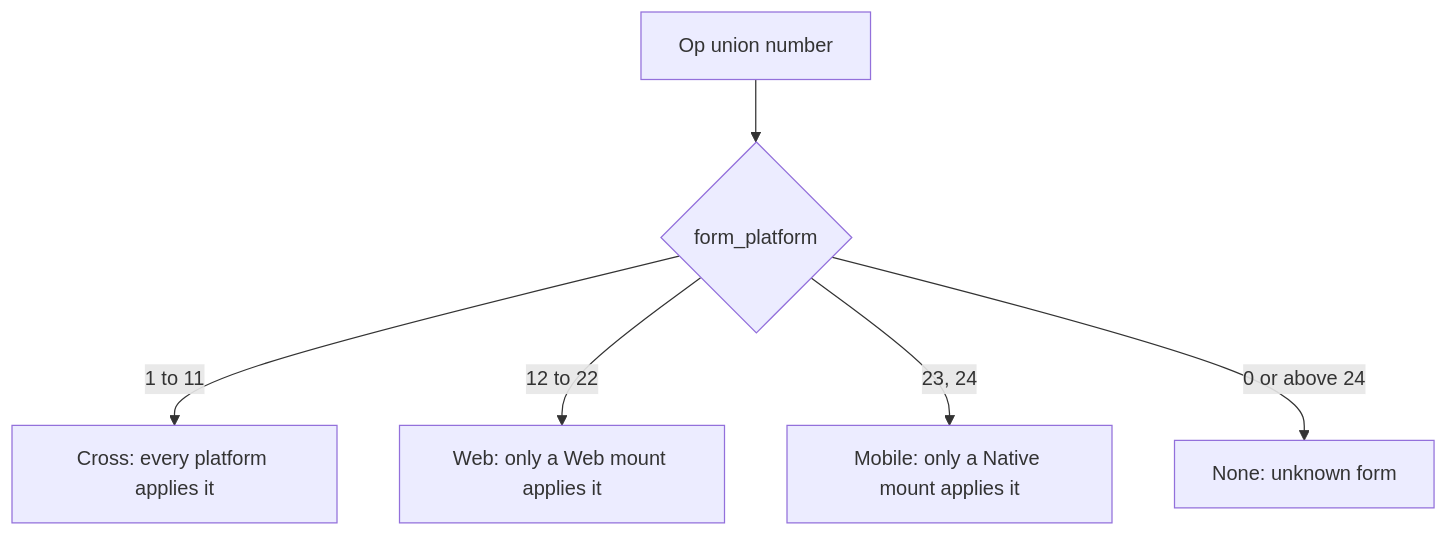
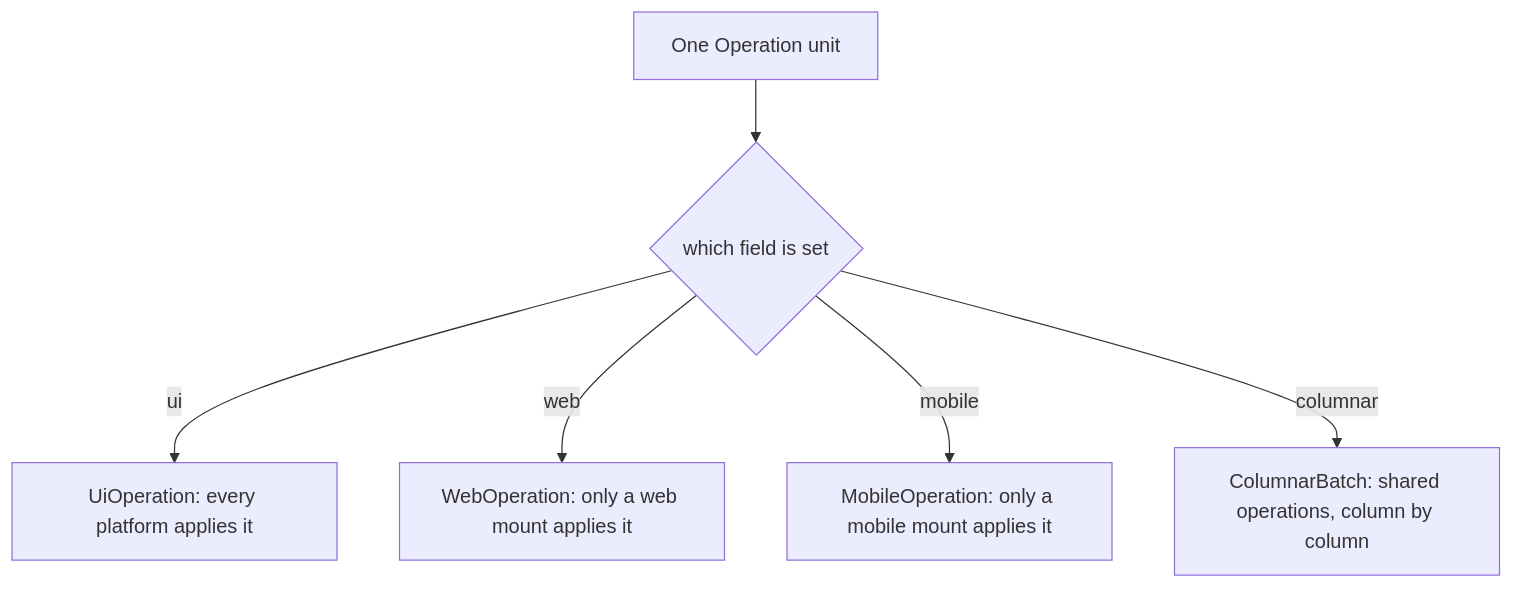
One commit to ewe-studios/ewe_platform changed the diagram in specifications/69-foundation-ui-v2/features/02-vocabulary-and-platform-forms/feature.md. Above: the diagram before and after it, drawn with Mermaid. The commit also changed other lines of this file and 21 other files, not shown here.

````diff
--- a/specifications/69-foundation-ui-v2/features/02-vocabulary-and-platform-forms/feature.md
+++ b/specifications/69-foundation-ui-v2/features/02-vocabulary-and-platform-forms/feature.md
@@ -226,8 +249,8 @@
 ```mermaid
 flowchart TD
-    OP["Op union number"] --> FP{"form_platform"}
-    FP -->|"1 to 11"| C["Cross: every platform applies it"]
-    FP -->|"12 to 22"| W["Web: only a Web mount applies it"]
-    FP -->|"23, 24"| M["Mobile: only a Native mount applies it"]
-    FP -->|"0 or above 24"| N["None: unknown form"]
+    U["One Operation unit"] --> S{"which field is set"}
+    S -->|ui| C["UiOperation: every platform applies it"]
+    S -->|web| W["WebOperation: only a web mount applies it"]
+    S -->|mobile| M["MobileOperation: only a mobile mount applies it"]
+    S -->|columnar| K["ColumnarBatch: shared operations, column by column"]
 ```
````
